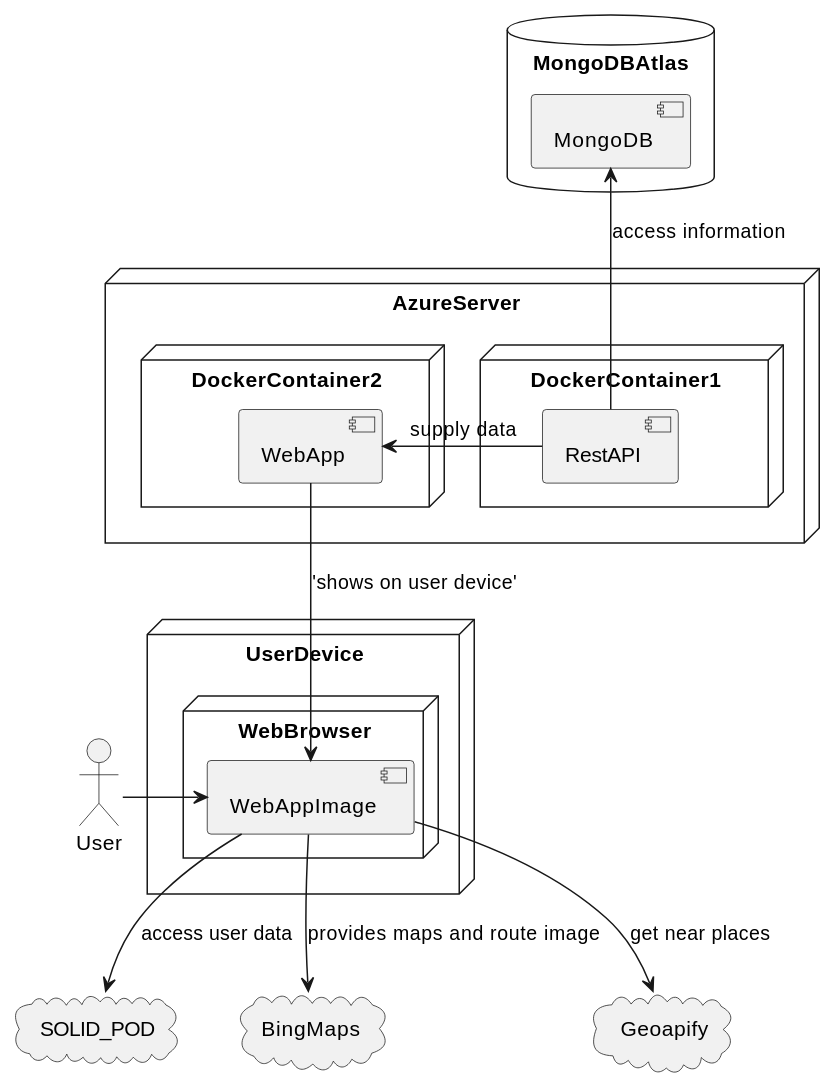
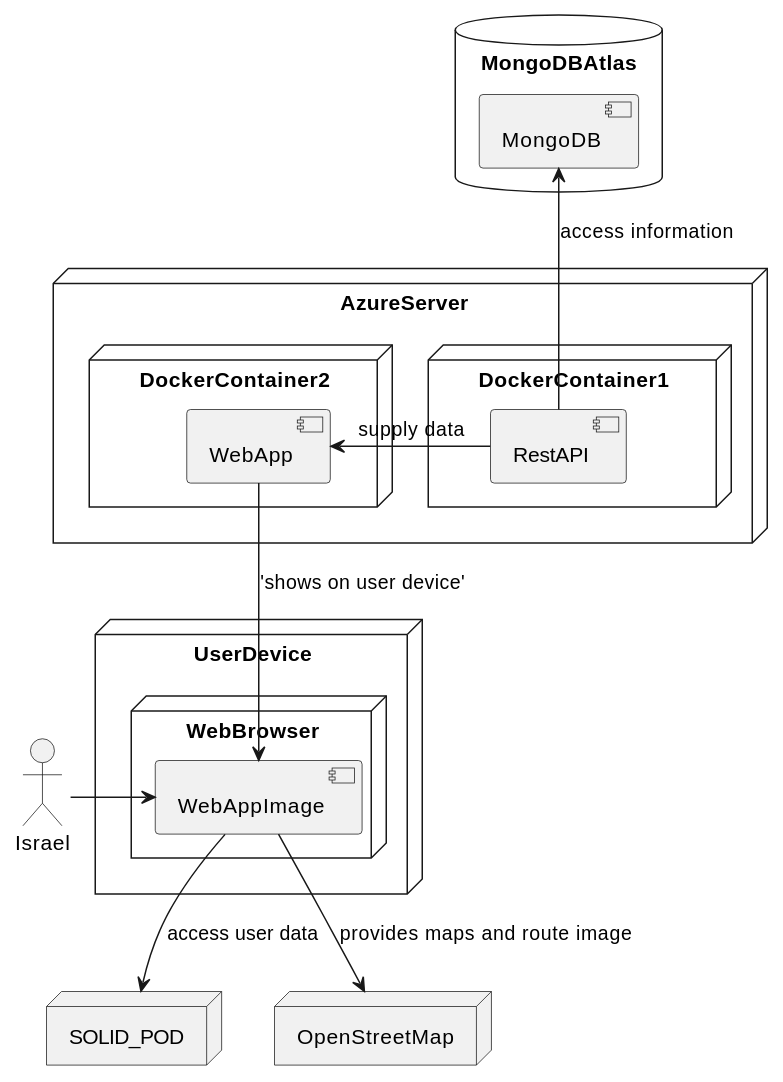
The diagram in docs/07_deployment_view.adoc (Arquisoft/lomap_es3a), drawn with PlantUML before and after one commit.

Commit message:
27/03/2023 - Omar - Corregido error del diagrama 7

```diff
--- a/docs/07_deployment_view.adoc
+++ b/docs/07_deployment_view.adoc
@@ -6,35 +6,33 @@
 [plantuml, "07_DeploymentView", png]
 ----
 node AzureServer{
     node DockerContainer1 {
         component RestAPI
     }
     node DockerContainer2 {
         component WebApp
     }    
 }
  
 node UserDevice {
     node WebBrowser {
         component WebAppImage
     }
 }
  
 database MongoDBAtlas{
     component MongoDB
 }
  
-Actor User
+Actor Israel
  
-cloud SOLID_POD
-cloud BingMaps
-cloud Geoapify 
+node SOLID_POD
+node OpenStreetMap
  
 RestAPI -u-> MongoDB : "access information"
 WebAppImage -d-> SOLID_POD : "access user data"
-WebAppImage -d-> BingMaps : "provides maps and route image"
-WebAppImage -d-> Geoapify : "get near places"
+WebAppImage -d-> OpenStreetMap : "provides maps and route image"
 RestAPI -l-> WebApp : "supply data"
 WebApp -d-> WebAppImage : 'shows on user device'
-WebAppImage <-l- User
+WebAppImage <-l- Israel
 ----
```
